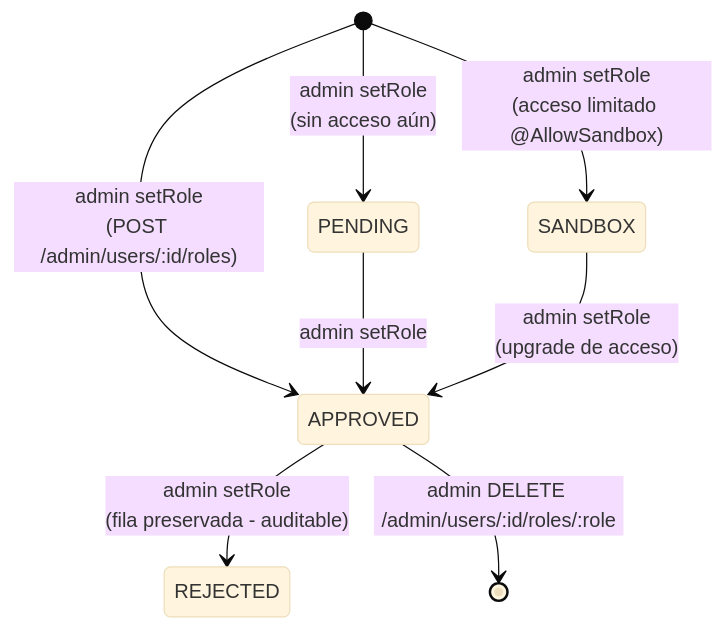
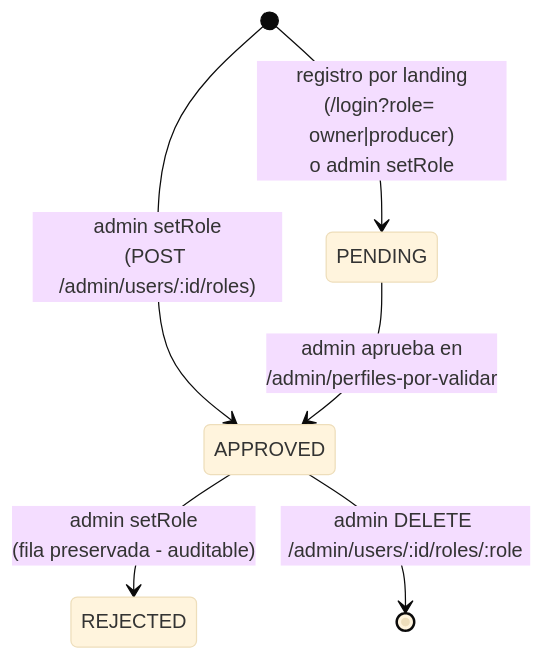
The ninth of 40 diagrams in docs/flows.md (EduardoSalasG/omnidance), drawn with Mermaid (base theme) before and after one commit. The commit also changed other lines of this file and 6 other files, not shown here.

Commit message:
i18n+docs: cierre academy-approval-gate - academyReview/adminValidation en en/fr/pt-PT, flows+architecture del review gate, openapi/postman regenerados

````diff
--- a/docs/flows.md
+++ b/docs/flows.md
@@ -207,10 +207,8 @@
 ```mermaid
 stateDiagram-v2
     [*] --> APPROVED: admin setRole<br/>(POST /admin/users/:id/roles)
-    [*] --> PENDING: admin setRole<br/>(sin acceso aún)
-    [*] --> SANDBOX: admin setRole<br/>(acceso limitado @AllowSandbox)
-    PENDING --> APPROVED: admin setRole
-    SANDBOX --> APPROVED: admin setRole<br/>(upgrade de acceso)
+    [*] --> PENDING: registro por landing<br/>(/login?role= owner|producer)<br/>o admin setRole
+    PENDING --> APPROVED: admin aprueba en<br/>/admin/perfiles-por-validar
     APPROVED --> REJECTED: admin setRole<br/>(fila preservada - auditable)
     APPROVED --> [*]: admin DELETE /admin/users/:id/roles/:role
 ```
````
